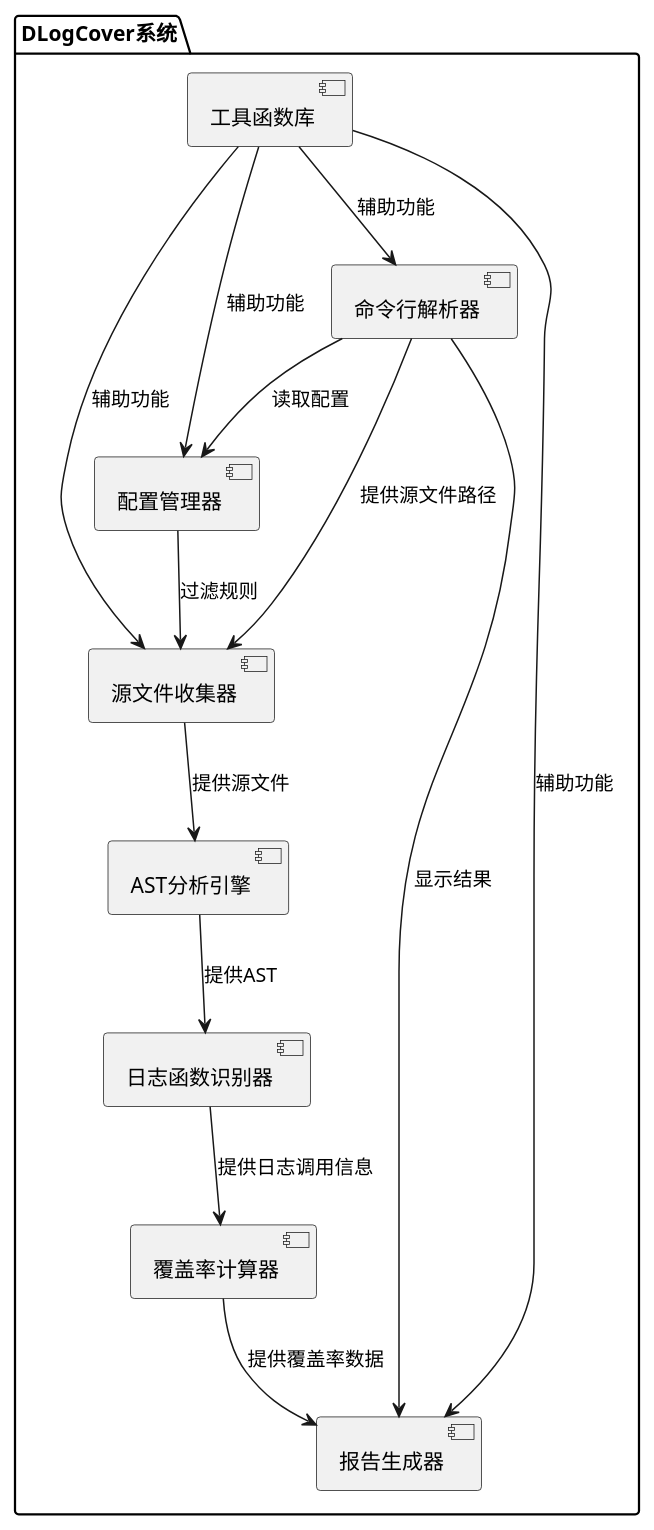
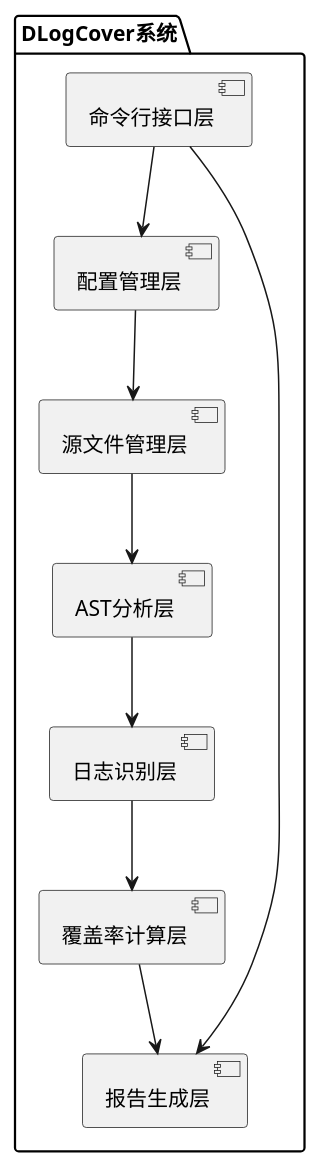
Before and after one commit to eric2023/dlogcover: the first of 10 diagrams in docs/概要设计文档.md, drawn with PlantUML. The commit also changed other lines of this file and 2 other files, not shown here.

````diff
--- a/docs/概要设计文档.md
+++ b/docs/概要设计文档.md
@@ -58,27 +56,21 @@
 ```plantuml
 @startuml
 package "DLogCover系统" {
-  [命令行解析器] as CLI
-  [配置管理器] as Config
-  [源文件收集器] as SourceCollector
-  [AST分析引擎] as ASTAnalyzer
-  [日志函数识别器] as LogIdentifier
-  [覆盖率计算器] as CoverageCalculator
-  [报告生成器] as Reporter
-  [工具函数库] as Utils
+  [命令行接口层] as CLI
+  [配置管理层] as Config
+  [源文件管理层] as SourceManager
+  [AST分析层] as ASTAnalyzer
+  [日志识别层] as LogIdentifier
+  [覆盖率计算层] as CoverageCalculator
+  [报告生成层] as Reporter
 }
 
-CLI --> Config : 读取配置
-CLI --> SourceCollector : 提供源文件路径
-CLI --> Reporter : 显示结果
-Config --> SourceCollector : 过滤规则
-SourceCollector --> ASTAnalyzer : 提供源文件
-ASTAnalyzer --> LogIdentifier : 提供AST
-LogIdentifier --> CoverageCalculator : 提供日志调用信息
-CoverageCalculator --> Reporter : 提供覆盖率数据
-Utils --> CLI : 辅助功能
-Utils --> Config : 辅助功能
-Utils --> SourceCollector : 辅助功能
-Utils --> Reporter : 辅助功能
+CLI --> Config
+CLI --> Reporter
+Config --> SourceManager
+SourceManager --> ASTAnalyzer
+ASTAnalyzer --> LogIdentifier
+LogIdentifier --> CoverageCalculator
+CoverageCalculator --> Reporter
 @enduml
 ```
````
